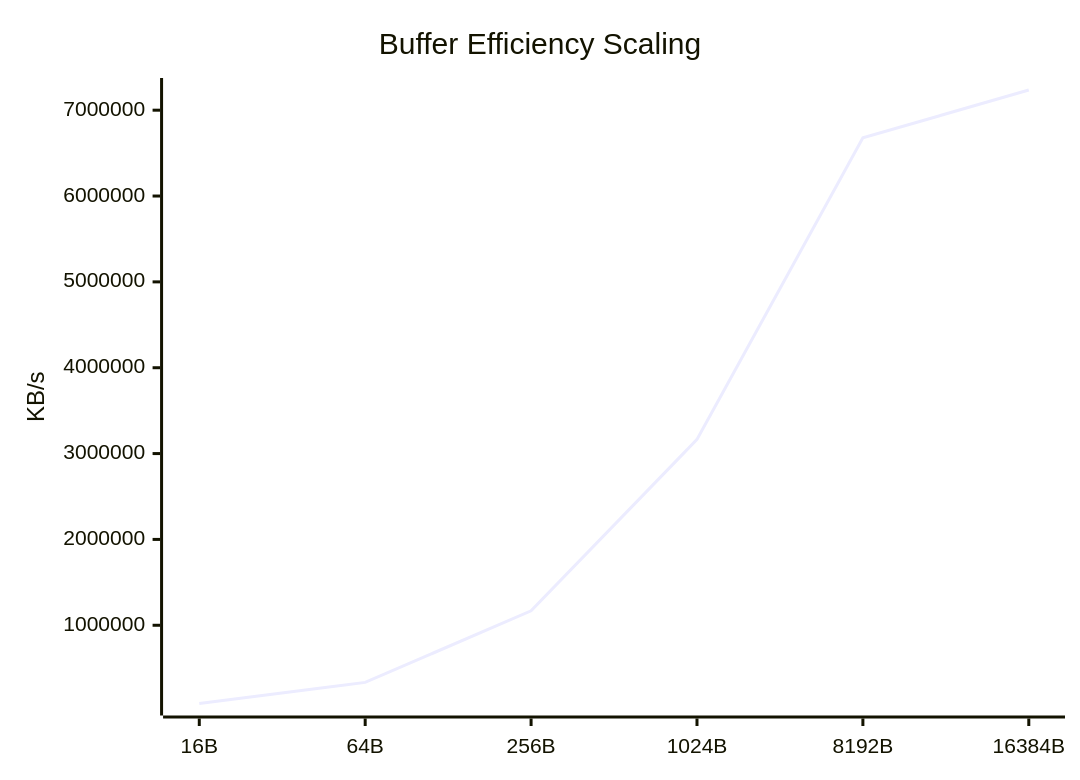
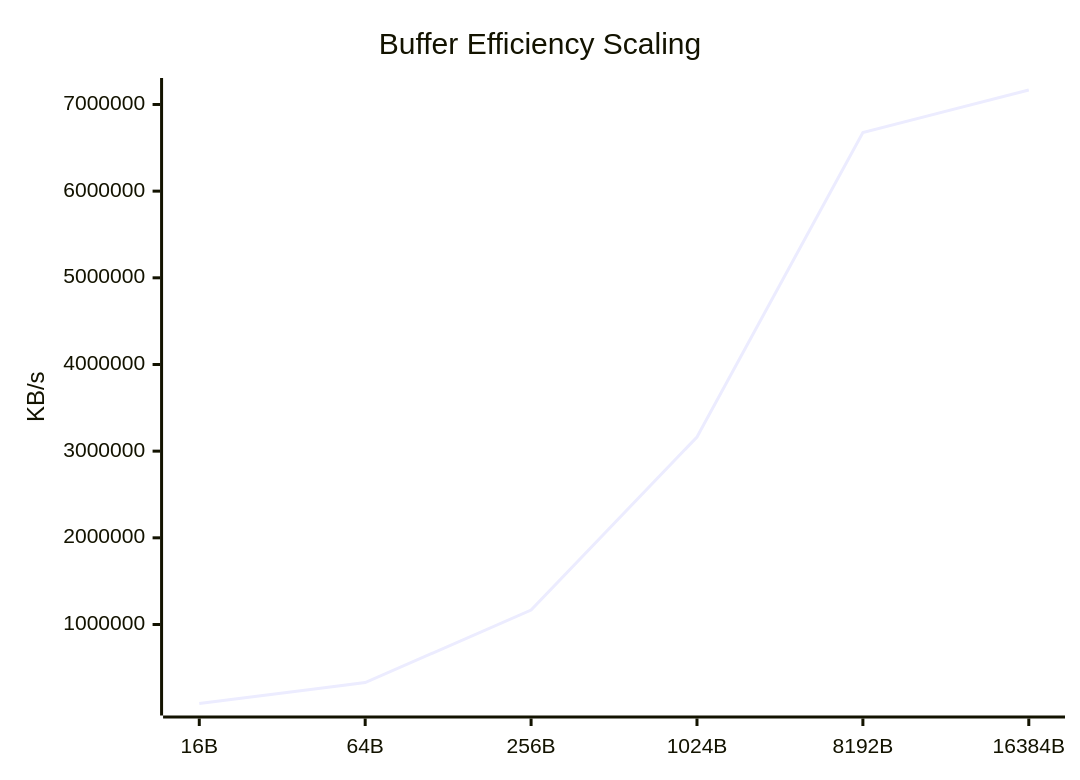
Before and after one commit to taha2samy/openssl_fips: the sixth of 9 diagrams in docs/Comparison_Report.md, drawn with Mermaid. The commit also changed other lines of this file and 2 other files, not shown here.

````diff
--- a/docs/Comparison_Report.md
+++ b/docs/Comparison_Report.md
@@ -102,7 +102,7 @@
 ```mermaid
 xychart-beta
     title "Buffer Efficiency Scaling"
     x-axis [16B, 64B, 256B, 1024B, 8192B, 16384B]
     y-axis "KB/s"
-    line [88668.53, 334594.96, 1168049.33, 3165066.34, 6677356.54, 7235144.91]
+    line [88298.36, 329372.32, 1166021.12, 3163321.34, 6676721.66, 7166976.0]
 ```
````
